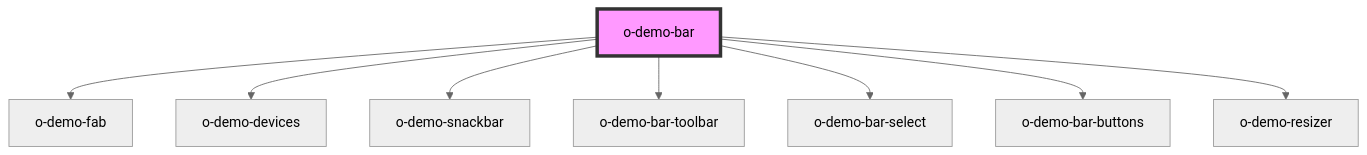
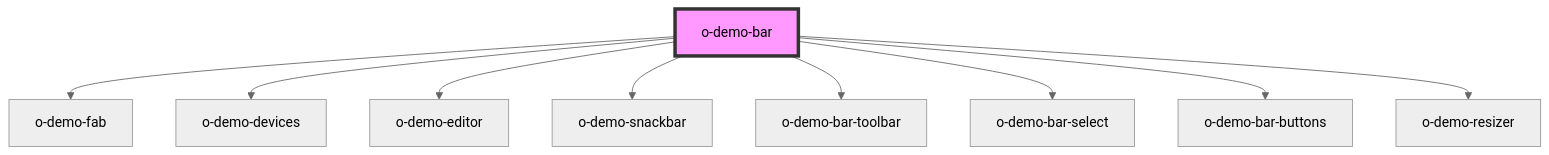
Before and after one commit to o-rango/o-rango-demo-tools: the diagram in src/components/o-demo-bar/readme.md, drawn with Mermaid (neutral theme). The commit also changed other lines of this file and 8 other files, not shown here.

````diff
--- a/src/components/o-demo-bar/readme.md
+++ b/src/components/o-demo-bar/readme.md
@@ -34,11 +34,12 @@
 ```mermaid
 graph TD;
   o-demo-bar --> o-demo-fab
   o-demo-bar --> o-demo-devices
+  o-demo-bar --> o-demo-editor
   o-demo-bar --> o-demo-snackbar
   o-demo-bar --> o-demo-bar-toolbar
   o-demo-bar --> o-demo-bar-select
   o-demo-bar --> o-demo-bar-buttons
   o-demo-bar --> o-demo-resizer
   style o-demo-bar fill:#f9f,stroke:#333,stroke-width:4px
 ```
````
